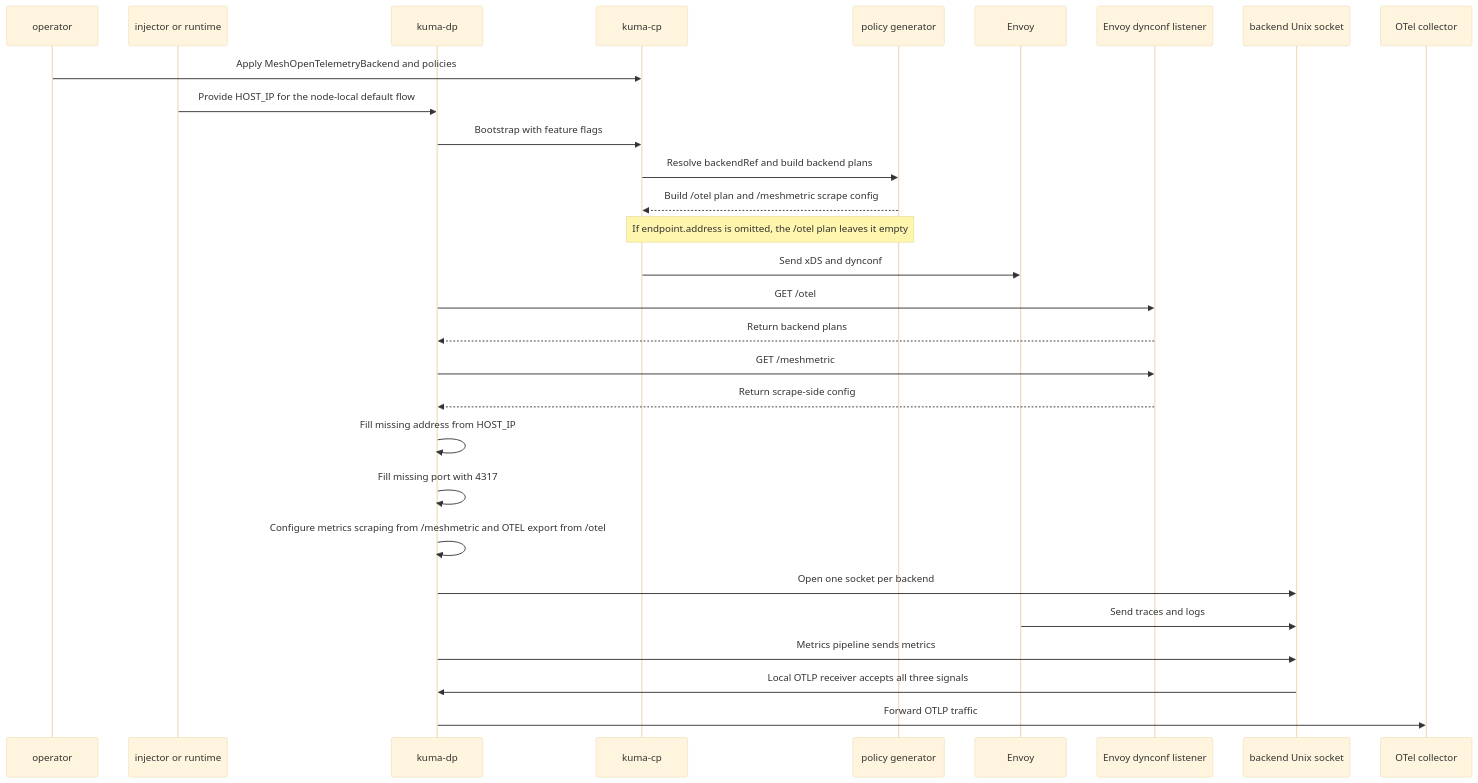
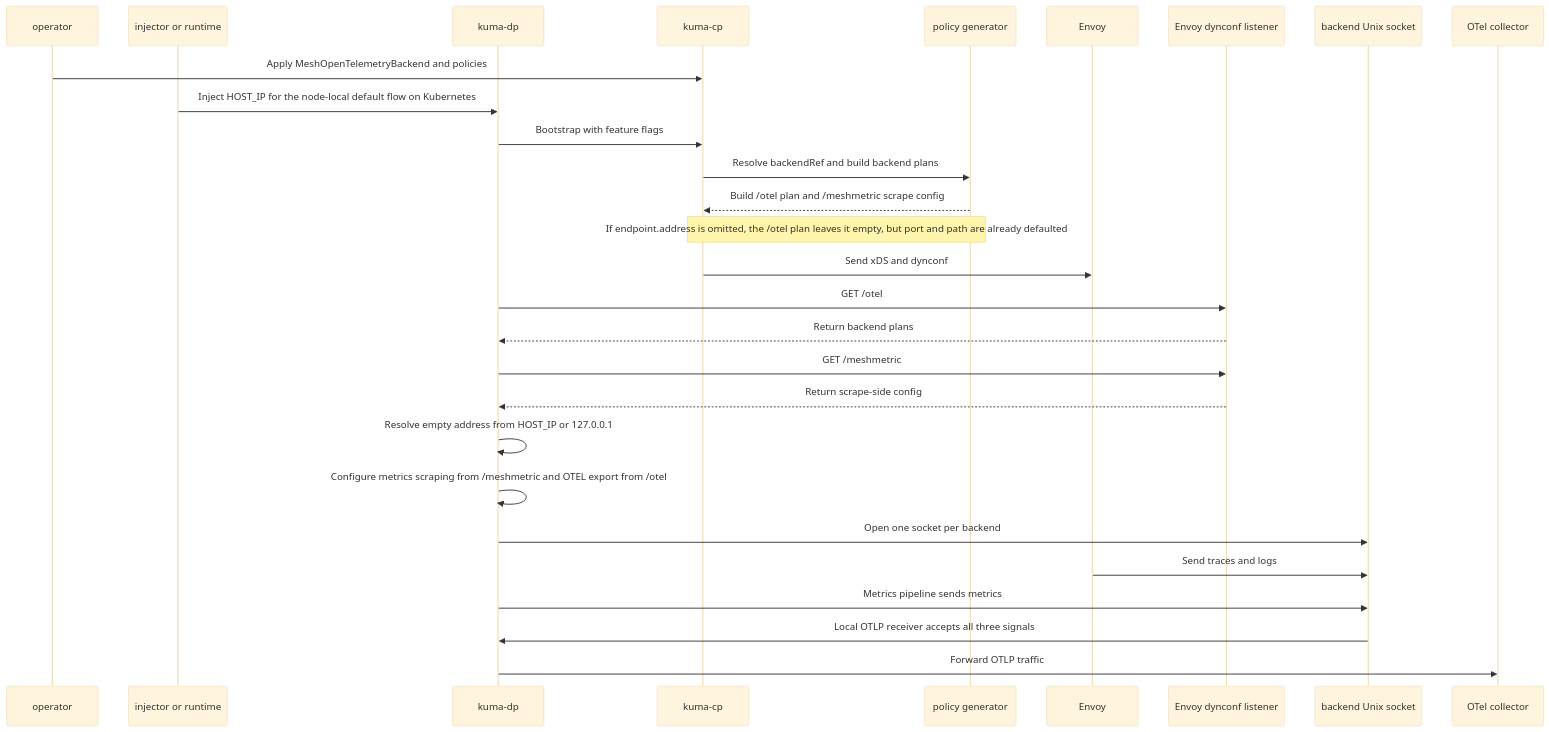
Before and after one commit to kumahq/kuma: the diagram in docs/madr/decisions/095-mesh-opentelemetry-backend.md, drawn with Mermaid (base theme). The commit also changed other lines of this file, not shown here.

````diff
--- a/docs/madr/decisions/095-mesh-opentelemetry-backend.md
+++ b/docs/madr/decisions/095-mesh-opentelemetry-backend.md
@@ -189,32 +191,31 @@
 ```mermaid
 sequenceDiagram
   participant O as operator
   participant I as injector or runtime
   participant DP as kuma-dp
   participant CP as kuma-cp
   participant PG as policy generator
   participant E as Envoy
   participant D as Envoy dynconf listener
   participant S as backend Unix socket
   participant C as OTel collector
 
   O->>CP: Apply MeshOpenTelemetryBackend and policies
-  I->>DP: Provide HOST_IP for the node-local default flow
+  I->>DP: Inject HOST_IP for the node-local default flow on Kubernetes
   DP->>CP: Bootstrap with feature flags
   CP->>PG: Resolve backendRef and build backend plans
   PG-->>CP: Build /otel plan and /meshmetric scrape config
-  Note over CP,PG: If endpoint.address is omitted, the /otel plan leaves it empty
+  Note over CP,PG: If endpoint.address is omitted, the /otel plan leaves it empty, but port and path are already defaulted
   CP->>E: Send xDS and dynconf
   DP->>D: GET /otel
   D-->>DP: Return backend plans
   DP->>D: GET /meshmetric
   D-->>DP: Return scrape-side config
-  DP->>DP: Fill missing address from HOST_IP
-  DP->>DP: Fill missing port with 4317
+  DP->>DP: Resolve empty address from HOST_IP or 127.0.0.1
   DP->>DP: Configure metrics scraping from /meshmetric and OTEL export from /otel
   DP->>S: Open one socket per backend
   E->>S: Send traces and logs
   DP->>S: Metrics pipeline sends metrics
   S->>DP: Local OTLP receiver accepts all three signals
   DP->>C: Forward OTLP traffic
 ```
````
